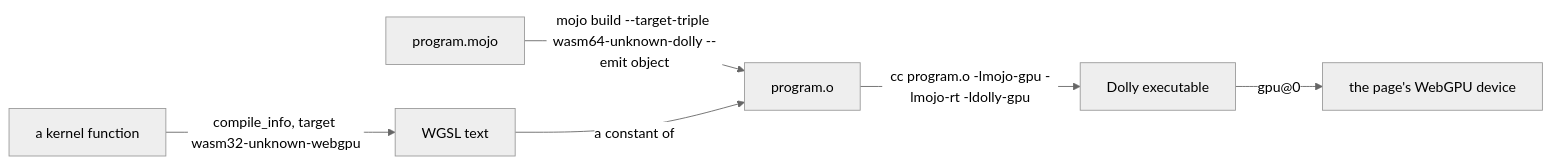
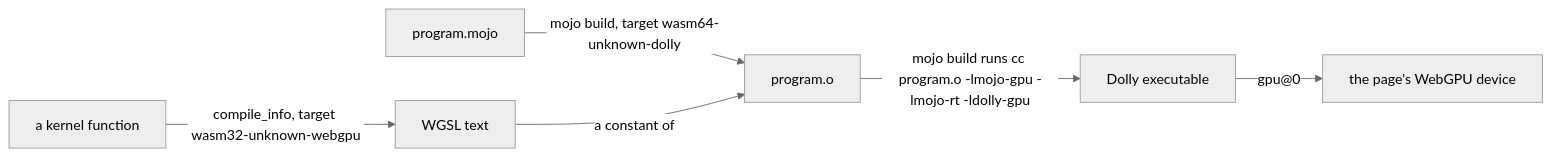
The diagram in demos/mojo/target/README.md (daugasauron/dolly), drawn with Mermaid (neutral theme) before and after one commit. The commit also changed other lines of this file, not shown here.

Commit message:
Mojo programs: the README says first that mojo build does it all in the mojo image

````diff
--- a/demos/mojo/target/README.md
+++ b/demos/mojo/target/README.md
@@ -7,8 +7,8 @@
 ```mermaid
 flowchart LR
-  program["program.mojo"] -- "mojo build --target-triple wasm64-unknown-dolly --emit object" --> object["program.o"]
+  program["program.mojo"] -- "mojo build, target wasm64-unknown-dolly" --> object["program.o"]
   kernel["a kernel function"] -- "compile_info, target wasm32-unknown-webgpu" --> wgsl["WGSL text"]
   wgsl -- "a constant of" --> object
-  object -- "cc program.o -lmojo-gpu -lmojo-rt -ldolly-gpu" --> exe["Dolly executable"]
+  object -- "mojo build runs cc program.o -lmojo-gpu -lmojo-rt -ldolly-gpu" --> exe["Dolly executable"]
   exe -- "gpu@0" --> webgpu["the page's WebGPU device"]
 ```
````
